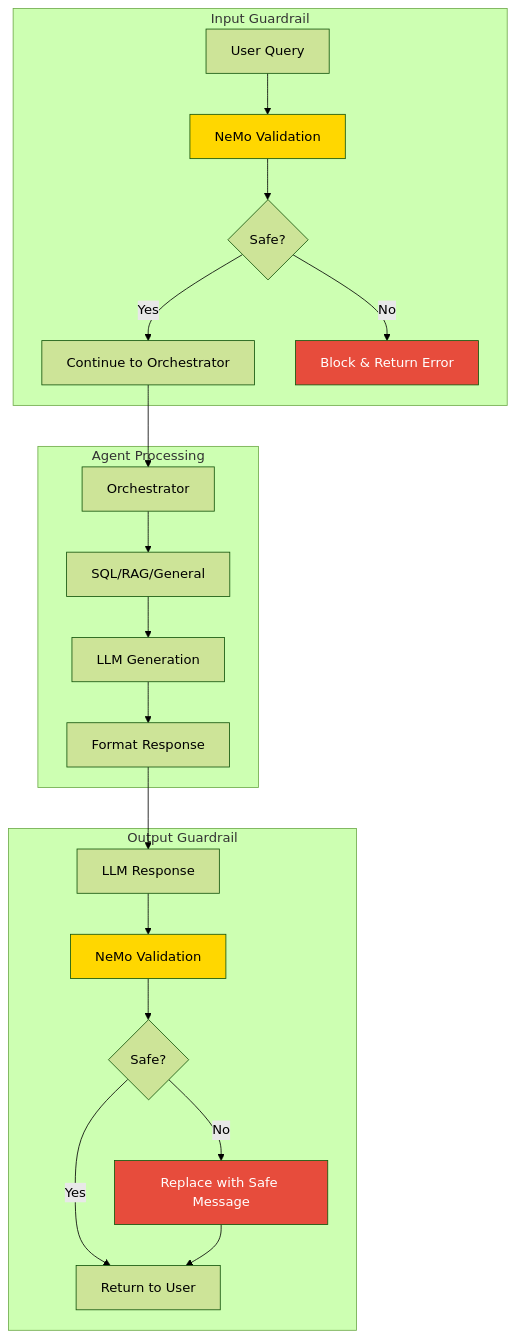
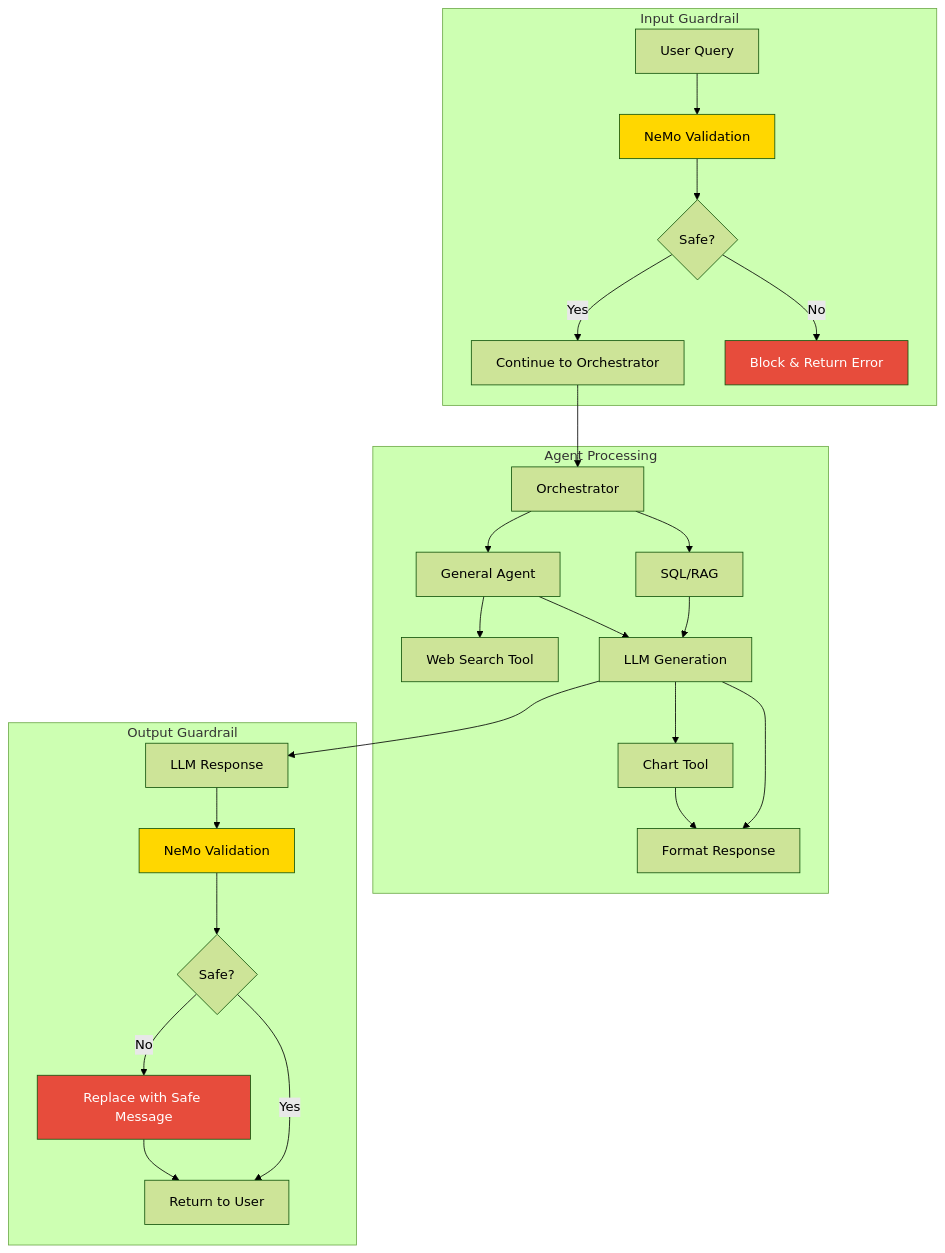
One commit to Tpg1993/text2sqlagent changed the sixth of 13 diagrams in documentation/ARCHITECTURE_DIAGRAMS.md. Above: the diagram before and after it, drawn with Mermaid (forest theme). The commit also changed other lines of this file and 6 other files, not shown here.

````diff
--- a/documentation/ARCHITECTURE_DIAGRAMS.md
+++ b/documentation/ARCHITECTURE_DIAGRAMS.md
@@ -153,31 +159,36 @@
 ```mermaid
 flowchart TD
     subgraph Input["Input Guardrail"]
         I1[User Query] --> I2[NeMo Validation]
         I2 --> I3{Safe?}
         I3 -->|Yes| I4[Continue to Orchestrator]
         I3 -->|No| I5[Block & Return Error]
     end
     
     subgraph Processing["Agent Processing"]
-        P1[Orchestrator] --> P2[SQL/RAG/General]
-        P2 --> P3[LLM Generation]
-        P3 --> P4[Format Response]
+        P1[Orchestrator] --> P2[SQL/RAG]
+        P1 --> P3[General Agent]
+        P3 --> P3a[Web Search Tool]
+        P2 --> P4[LLM Generation]
+        P3 --> P4
+        P4 --> P5[Format Response]
+        P4 --> P6[Chart Tool]
+        P6 --> P5
     end
     
     subgraph Output["Output Guardrail"]
         O1[LLM Response] --> O2[NeMo Validation]
         O2 --> O3{Safe?}
         O3 -->|Yes| O4[Return to User]
         O3 -->|No| O5[Replace with Safe Message]
         O5 --> O4
     end
     
     I4 --> P1
     P4 --> O1
     
     style I2 fill:#FFD700,color:#000
     style I5 fill:#E74C3C,color:#fff
     style O2 fill:#FFD700,color:#000
     style O5 fill:#E74C3C,color:#fff
 ```
````
